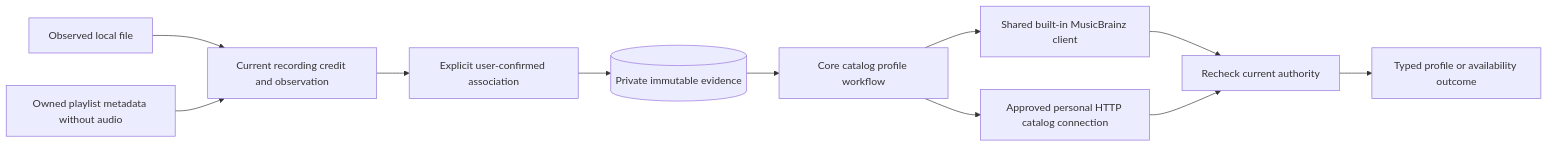
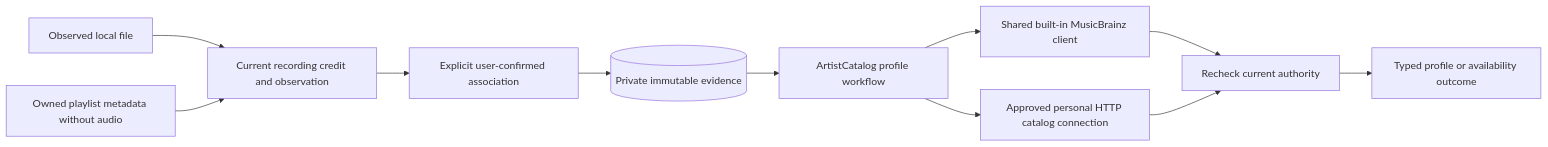
Before and after one commit to acidiney/hitoapp: the first of 3 diagrams in docs/artist-catalog-host.md, drawn with Mermaid. The commit also changed other lines of this file and 3 other files, not shown here.

Commit message:
Document ArtistCatalog as a separate core capability

````diff
--- a/docs/artist-catalog-host.md
+++ b/docs/artist-catalog-host.md
@@ -11,13 +11,13 @@
 ```mermaid
 flowchart LR
     Local[Observed local file] --> Credit[Current recording credit and observation]
     Imported[Owned playlist metadata without audio] --> Credit
     Credit --> Review[Explicit user-confirmed association]
     Review --> Evidence[(Private immutable evidence)]
-    Evidence --> Host[Core catalog profile workflow]
+    Evidence --> Host[ArtistCatalog profile workflow]
     Host --> Builtin[Shared built-in MusicBrainz client]
     Host --> Plugin[Approved personal HTTP catalog connection]
     Builtin --> Recheck[Recheck current authority]
     Plugin --> Recheck
     Recheck --> Result[Typed profile or availability outcome]
 ```
````
